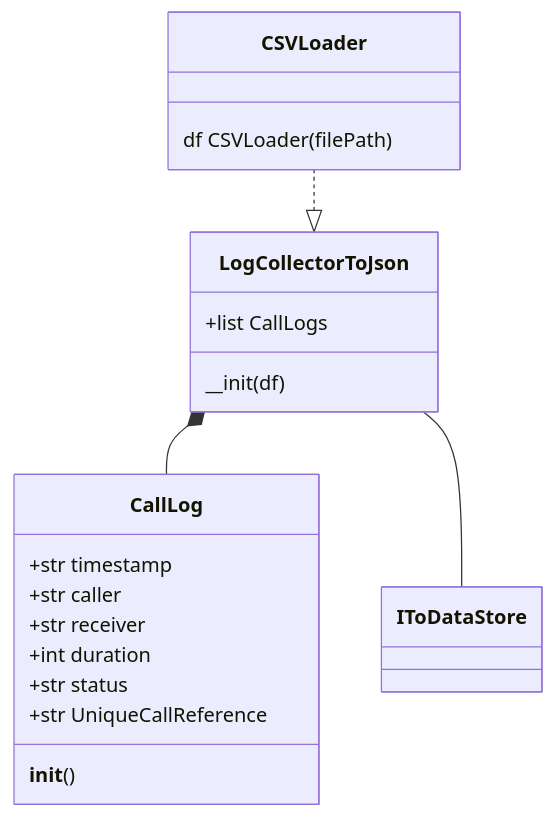
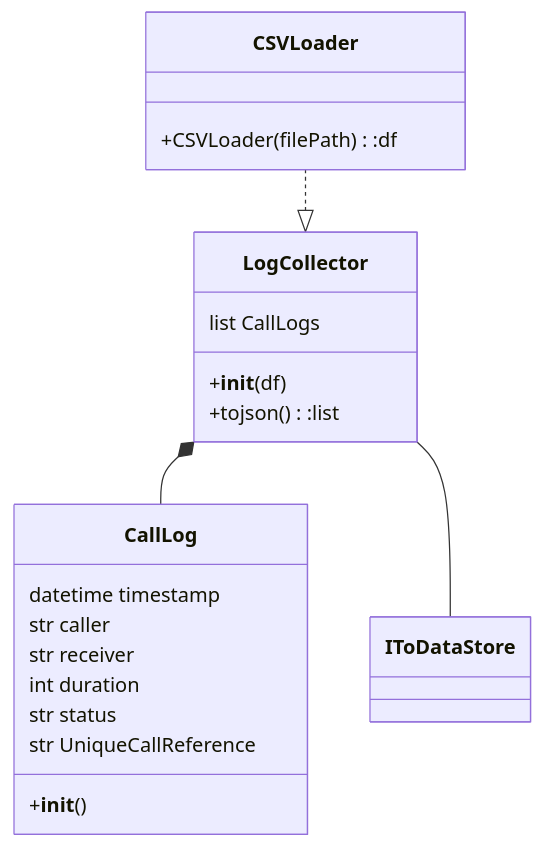
Before and after one commit to Davide-OttoneCasagrande/Call-Log-Handler: the diagram in docs/drs.md, drawn with Mermaid. The commit also changed other lines of this file, not shown here.

Commit message:
minor correction to class diagram

```diff
--- a/docs/drs.md
+++ b/docs/drs.md
@@ -93,30 +92,30 @@
-:::mermaid
-
+::: mermaid
 classDiagram
 
-    CSVLoader ..|> LogCollectorToJson
-    LogCollectorToJson *-- CallLog
-    LogCollectorToJson -- IToDataStore
+    CSVLoader ..|> LogCollector
+    LogCollector *-- CallLog
+    LogCollector -- IToDataStore
 
     class CSVLoader {
-        df CSVLoader(filePath)
+        +CSVLoader(filePath):df
     }
 
-    class LogCollectorToJson {
-        +list CallLogs 
-        __init(df)
+    class LogCollector {
+        list CallLogs 
+        +__init__(df)
+        +tojson():list
     }
 
-    class CallLog {
-        +str timestamp
-        +str caller
-        +str receiver
-        +int duration
-        +str status
-        +str UniqueCallReference
-        __init__()
+    class CallLog {
+        datetime timestamp
+        str caller
+        str receiver
+        int duration
+        str status
+        str UniqueCallReference
+        +__init__()
     }
 
     class IToDataStore {
     }
 :::
```
